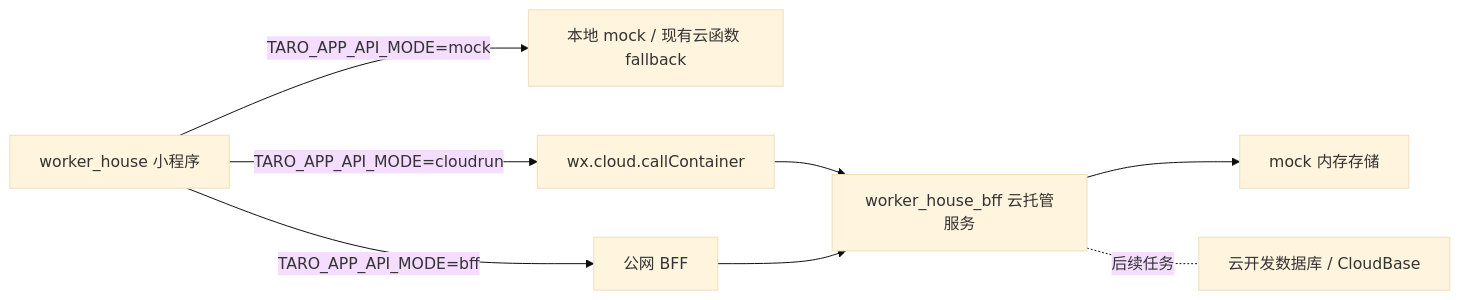
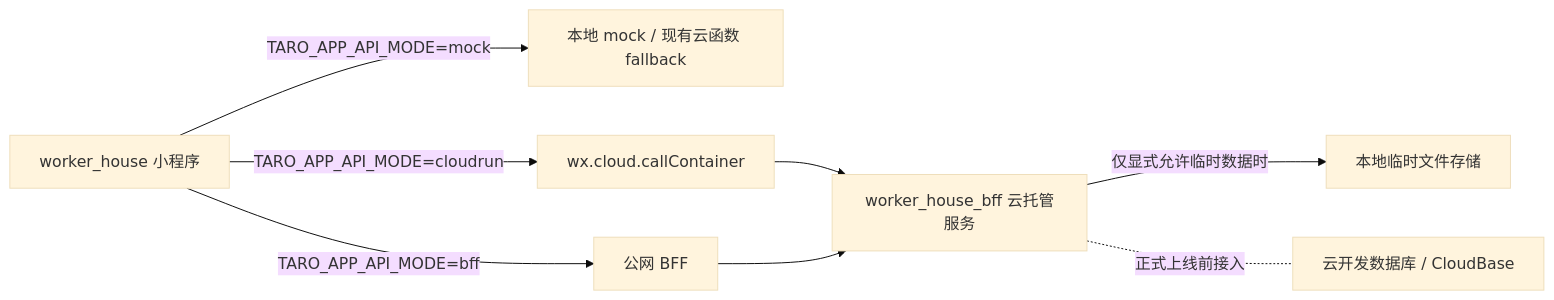
Before and after one commit to wildBanana001/DannyRunnn: the second of 2 diagrams in worker_house/MIGRATION_CLOUDRUN.md, drawn with Mermaid (base theme). The commit also changed other lines of this file and 107 other files, not shown here.

````diff
--- a/worker_house/MIGRATION_CLOUDRUN.md
+++ b/worker_house/MIGRATION_CLOUDRUN.md
@@ -23,11 +23,11 @@
 ```mermaid
 flowchart LR
   A[worker_house 小程序]
   A -->|TARO_APP_API_MODE=mock| D[本地 mock / 现有云函数 fallback]
   A -->|TARO_APP_API_MODE=bff| B[公网 BFF]
   A -->|TARO_APP_API_MODE=cloudrun| C[wx.cloud.callContainer]
   C --> E[worker_house_bff 云托管服务]
   B --> E
-  E --> F[mock 内存存储]
-  E -.后续任务.- G[云开发数据库 / CloudBase]
+  E -->|仅显式允许临时数据时| F[本地临时文件存储]
+  E -.正式上线前接入.- G[云开发数据库 / CloudBase]
 ```
````
